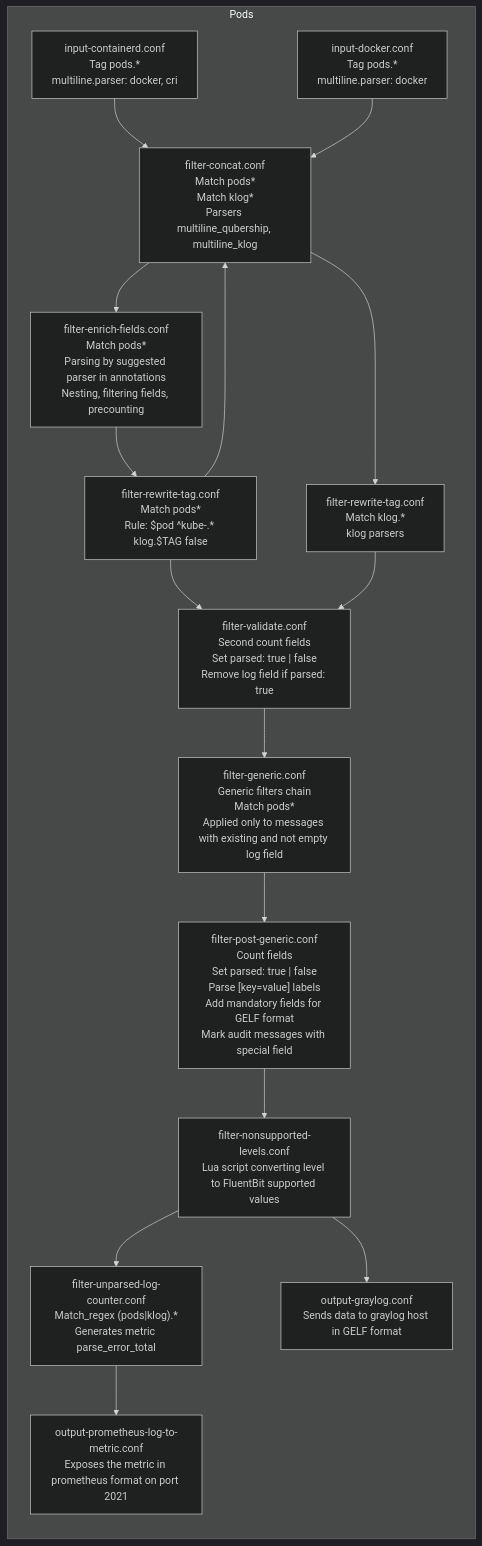
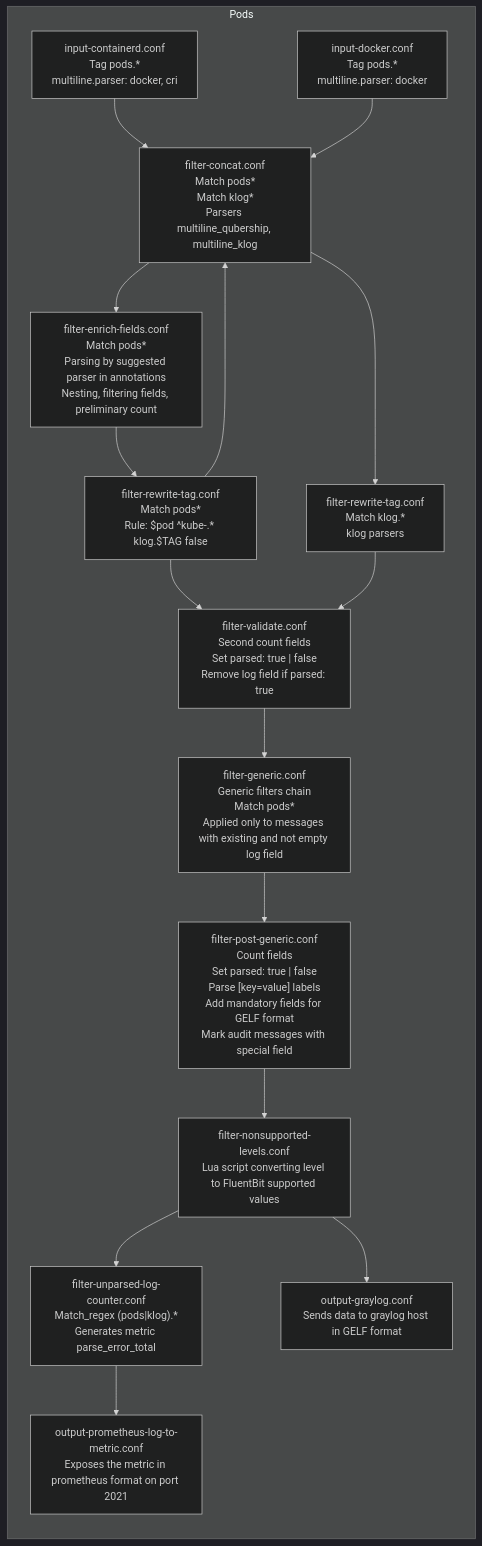
One commit to Netcracker/qubership-logging-operator changed the diagram in docs/fluentbit-log-pipeline.md. Above: the diagram before and after it, drawn with Mermaid (dark theme). The commit also changed other lines of this file and 138 other files, not shown here.

````diff
--- a/docs/fluentbit-log-pipeline.md
+++ b/docs/fluentbit-log-pipeline.md
@@ -54,21 +54,21 @@
 ```mermaid
 flowchart LR
     subgraph Pods
         IC["input-containerd.conf<br/>Tag pods.*<br/>multiline.parser: docker, cri" ] --> FC
         ID["input-docker.conf<br/>Tag pods.*<br/>multiline.parser: docker"] --> FC
         FC["filter-concat.conf<br/>Match pods*<br/>Match klog*<br/>Parsers multiline_qubership, multiline_klog"] --> FK
         FC["filter-concat.conf<br/>Match pods*<br/>Match klog*<br/>Parsers multiline_qubership, multiline_klog"] --> FRTP
-        FK["filter-enrich-fields.conf<br/>Match pods*<br/>Parsing by suggested parser in annotations<br/>Nesting, filtering fields, precounting"] --> FRT
+        FK["filter-enrich-fields.conf<br/>Match pods*<br/>Parsing by suggested parser in annotations<br/>Nesting, filtering fields, preliminary count"] --> FRT
         FRT["filter-rewrite-tag.conf<br/>Match pods*<br/>Rule: $pod ^kube-.* klog.$TAG false"] --> FC
         FRT["filter-rewrite-tag.conf<br/>Match pods*<br/>Rule: $pod ^kube-.* klog.$TAG false"] --> FVALID
         FRTP["filter-rewrite-tag.conf<br/>Match klog.*<br/>klog parsers"] --> FVALID
         FVALID["filter-validate.conf<br/>Second count fields<br/>Set parsed: true | false<br/>Remove log field if parsed: true"] --> FGEN
         FGEN["filter-generic.conf<br/>Generic filters chain<br/>Match pods*<br/>Applied only to messages with existing and not empty log field"] --> FPGEN
         FPGEN["filter-post-generic.conf<br/>Count fields<br/>Set parsed: true | false<br/>Parse [key=value] labels<br/>Add mandatory fields for GELF format<br/>Mark audit messages with special field"] --> FNL
         FNL["filter-nonsupported-levels.conf<br/>Lua script converting level to FluentBit supported values"] --> FULC
         FNL["filter-nonsupported-levels.conf<br/>Lua script converting level to FluentBit supported values"] --> OGRAY
         OGRAY["output-graylog.conf<br/>Sends data to graylog host in GELF format"]
         FULC["filter-unparsed-log-counter.conf<br/>Match_regex (pods|klog).*<br/>Generates metric parse_error_total"] --> OPLTM
         OPLTM["output-prometheus-log-to-metric.conf</br>Exposes the metric in prometheus format on port 2021"]
     end
 ```
````
